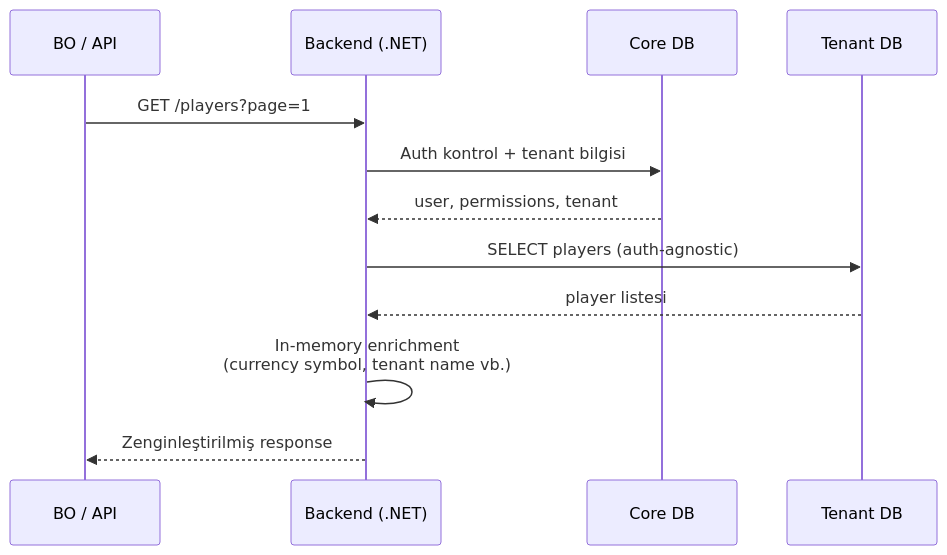
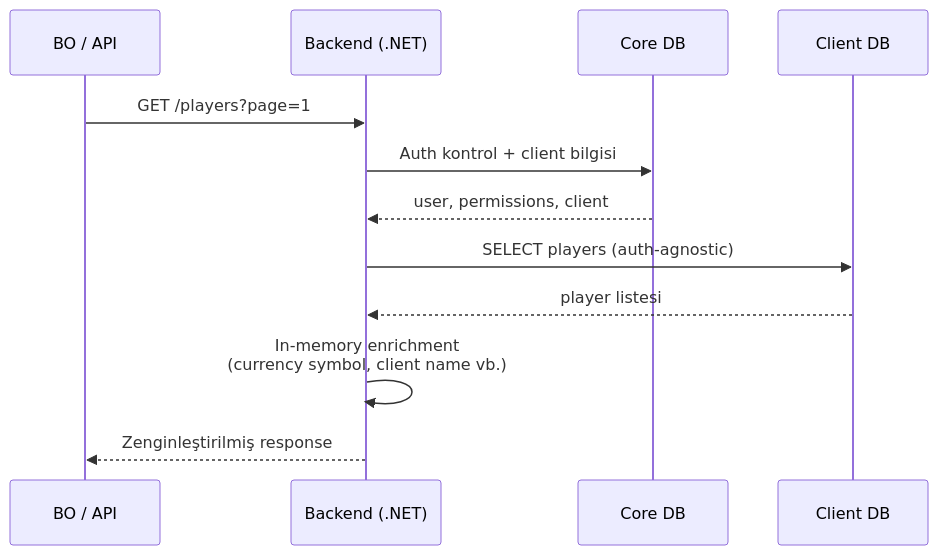
The second of 5 diagrams in .docs/guides/CROSS_DB_JOIN_GUIDE.md (frhtshn/One.DB), drawn with Mermaid before and after one commit. The commit also changed other lines of this file and 442 other files, not shown here.

First line of the commit message:
Nucleo → Sortis One ve tenant → client içerik güncellemeleri

````diff
--- a/.docs/guides/CROSS_DB_JOIN_GUIDE.md
+++ b/.docs/guides/CROSS_DB_JOIN_GUIDE.md
@@ -163,15 +163,15 @@
 ```mermaid
 sequenceDiagram
     participant UI as BO / API
     participant BE as Backend (.NET)
     participant Core as Core DB
-    participant Tenant as Tenant DB
+    participant Client as Client DB
 
     UI->>BE: GET /players?page=1
-    BE->>Core: Auth kontrol + tenant bilgisi
-    Core-->>BE: user, permissions, tenant
-    BE->>Tenant: SELECT players (auth-agnostic)
-    Tenant-->>BE: player listesi
-    BE->>BE: In-memory enrichment<br/>(currency symbol, tenant name vb.)
+    BE->>Core: Auth kontrol + client bilgisi
+    Core-->>BE: user, permissions, client
+    BE->>Client: SELECT players (auth-agnostic)
+    Client-->>BE: player listesi
+    BE->>BE: In-memory enrichment<br/>(currency symbol, client name vb.)
     BE-->>UI: Zenginleştirilmiş response
 ```
````
